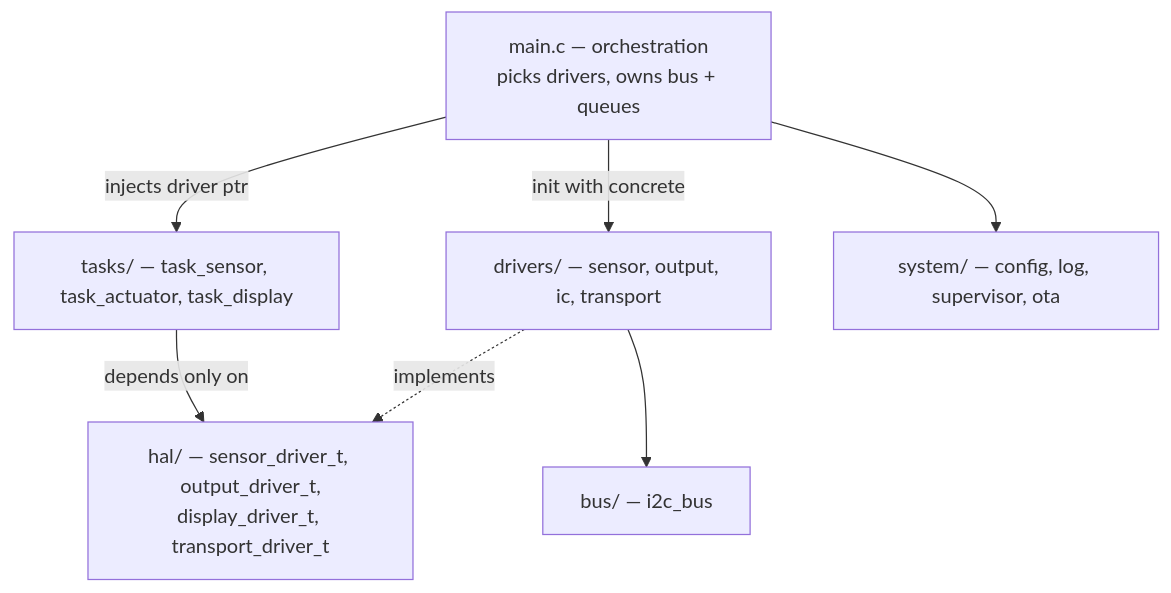
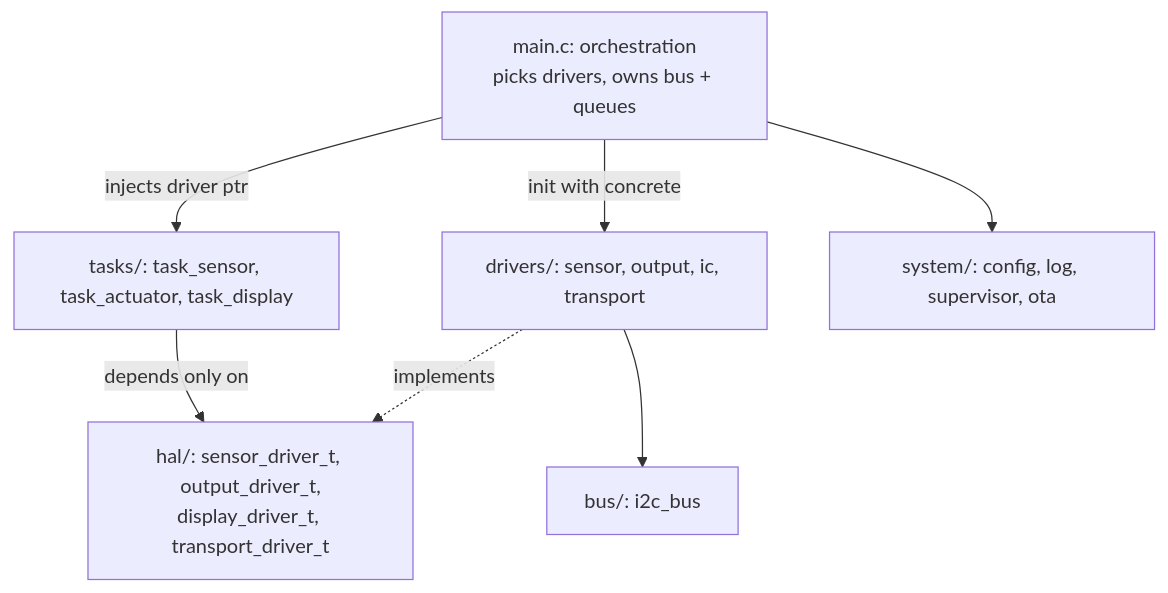
One commit to fortunelabs-io/fortunelabs-mainboard-l changed the diagram in firmware/Readme.md. Above: the diagram before and after it, drawn with Mermaid. The commit also changed other lines of this file and 2 other files, not shown here.

````diff
--- a/firmware/Readme.md
+++ b/firmware/Readme.md
@@ -19,16 +19,16 @@
 ```mermaid
 graph TD
-    M["main.c — orchestration<br/>picks drivers, owns bus + queues"]
-    T["tasks/ — task_sensor, task_actuator, task_display"]
-    H["hal/ — sensor_driver_t, output_driver_t,<br/>display_driver_t, transport_driver_t"]
-    D["drivers/ — sensor, output, ic, transport"]
-    B["bus/ — i2c_bus"]
-    S["system/ — config, log, supervisor, ota"]
+    M["main.c: orchestration<br/>picks drivers, owns bus + queues"]
+    T["tasks/: task_sensor, task_actuator, task_display"]
+    H["hal/: sensor_driver_t, output_driver_t,<br/>display_driver_t, transport_driver_t"]
+    D["drivers/: sensor, output, ic, transport"]
+    B["bus/: i2c_bus"]
+    S["system/: config, log, supervisor, ota"]
 
     M -->|injects driver ptr| T
     T -->|depends only on| H
     D -.->|implements| H
     M -->|init with concrete| D
     D --> B
     M --> S
 ```
````
